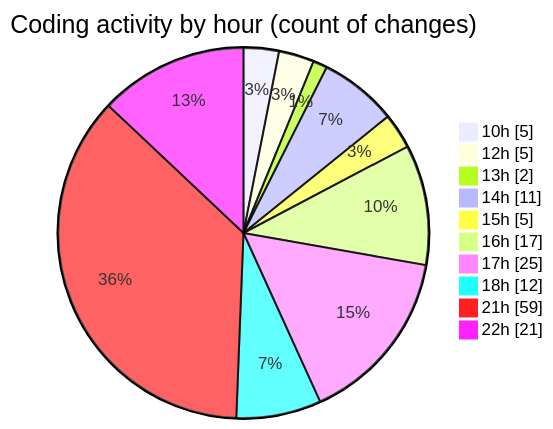
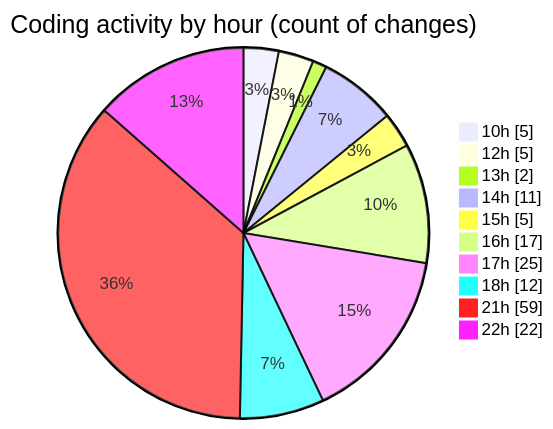
One commit to Ritupan-Deka/code-tracking changed the second of 2 diagrams in 2025-07-07/urlwebwala_intership_work/README.md. Above: the diagram before and after it, drawn with Mermaid. The commit also changed other lines of this file and 1 other file, not shown here.

````diff
--- a/2025-07-07/urlwebwala_intership_work/README.md
+++ b/2025-07-07/urlwebwala_intership_work/README.md
@@ -34,14 +34,14 @@
 ```mermaid
 pie showData
 title Coding activity by hour (count of changes)
 "10h" : 5
 "12h" : 5
 "13h" : 2
 "14h" : 11
 "15h" : 5
 "16h" : 17
 "17h" : 25
 "18h" : 12
 "21h" : 59
-"22h" : 21
+"22h" : 22
 ```
````
